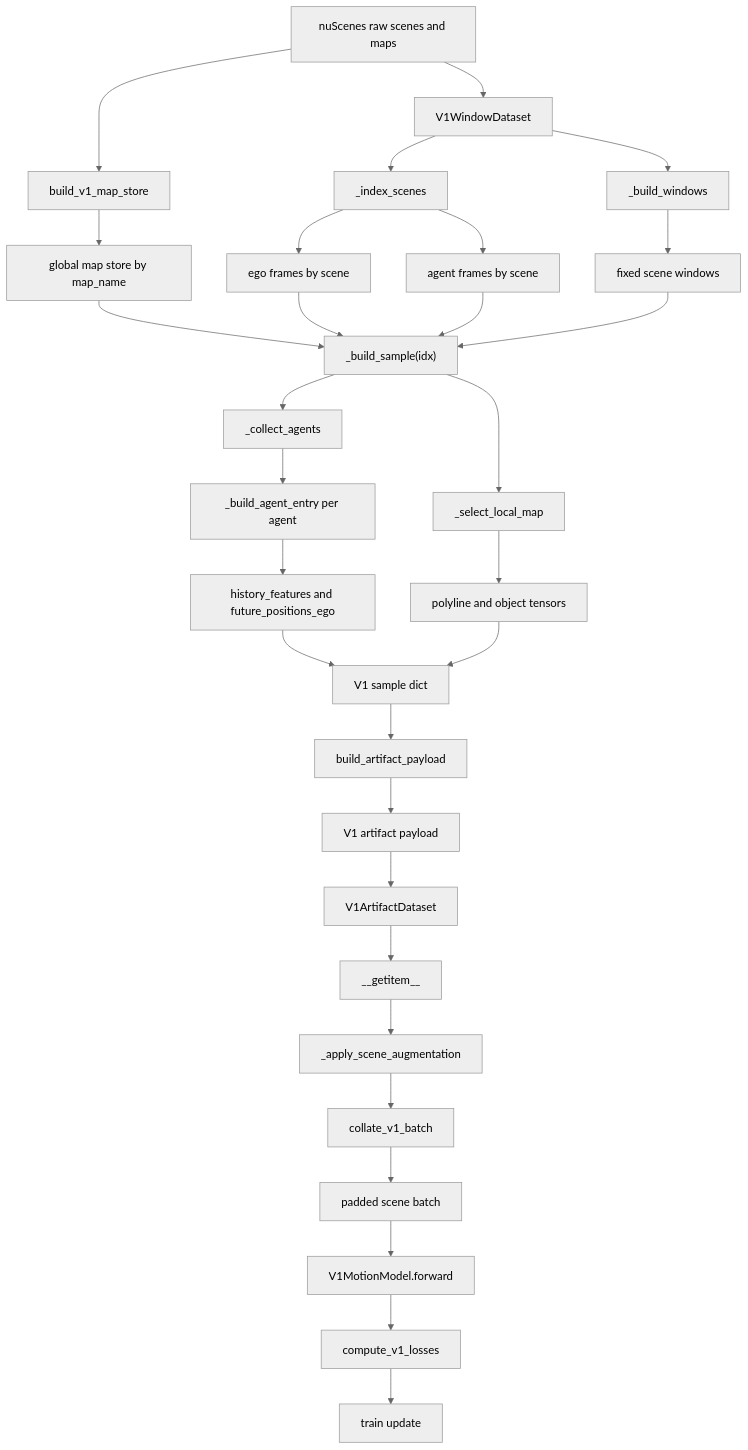
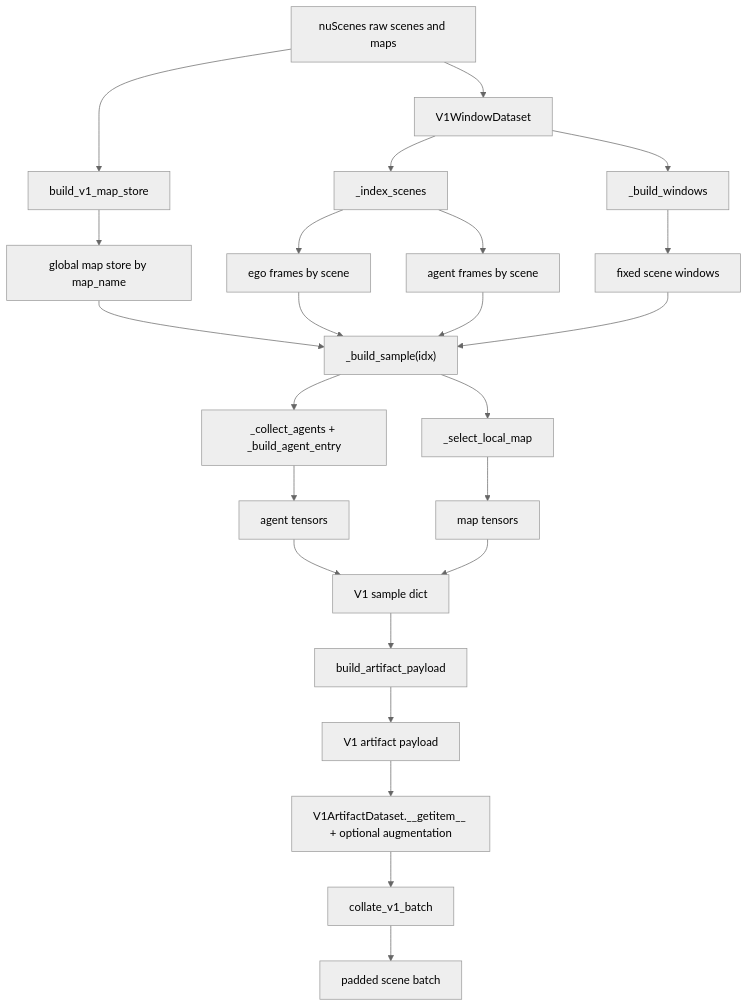
The first of 2 diagrams in README.md (alibekula/motion_nuscenes), drawn with Mermaid (neutral theme) before and after one commit. The commit also changed other lines of this file, not shown here.

Commit message:
Refine README pipeline diagrams

````diff
--- a/README.md
+++ b/README.md
@@ -43,38 +24,32 @@
 ```mermaid
 flowchart TD
     A["nuScenes raw scenes and maps"] --> B["build_v1_map_store"]
     B --> C["global map store by map_name"]
 
     A --> D["V1WindowDataset"]
     D --> E["_index_scenes"]
     E --> F["ego frames by scene"]
     E --> G["agent frames by scene"]
     D --> H["_build_windows"]
     H --> I["fixed scene windows"]
 
     C --> J["_build_sample(idx)"]
     F --> J
     G --> J
     I --> J
 
-    J --> K["_collect_agents"]
-    K --> L["_build_agent_entry per agent"]
-    L --> M["history_features and future_positions_ego"]
+    J --> K["_collect_agents + _build_agent_entry"]
+    K --> L["agent tensors"]
 
-    J --> N["_select_local_map"]
-    N --> O["polyline and object tensors"]
+    J --> M["_select_local_map"]
+    M --> N["map tensors"]
 
-    M --> P["V1 sample dict"]
-    O --> P
+    L --> P["V1 sample dict"]
+    N --> P
     P --> Q["build_artifact_payload"]
     Q --> R["V1 artifact payload"]
 
-    R --> S["V1ArtifactDataset"]
-    S --> T["__getitem__"]
-    T --> U["_apply_scene_augmentation"]
-    U --> V["collate_v1_batch"]
-    V --> W["padded scene batch"]
-    W --> X["V1MotionModel.forward"]
-    X --> Y["compute_v1_losses"]
-    Y --> Z["train update"]
+    R --> S["V1ArtifactDataset.__getitem__ + optional augmentation"]
+    S --> T["collate_v1_batch"]
+    T --> U["padded scene batch"]
 ```
````
